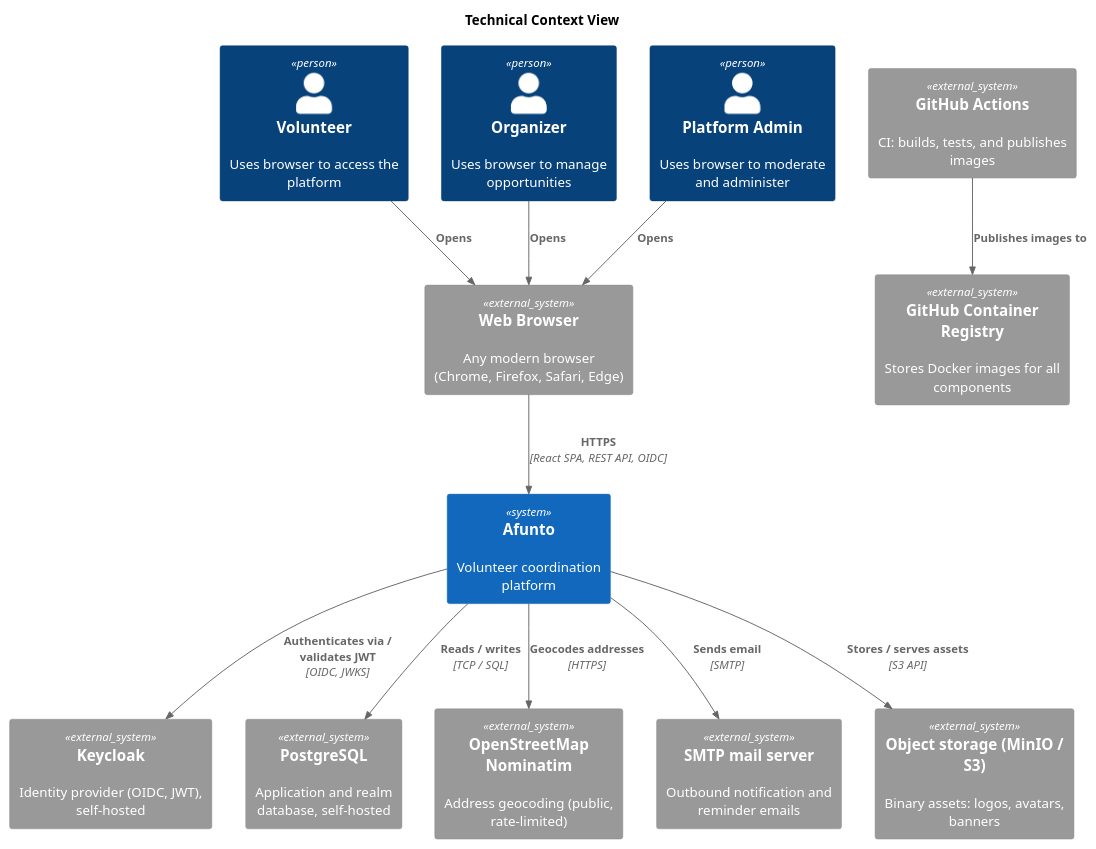
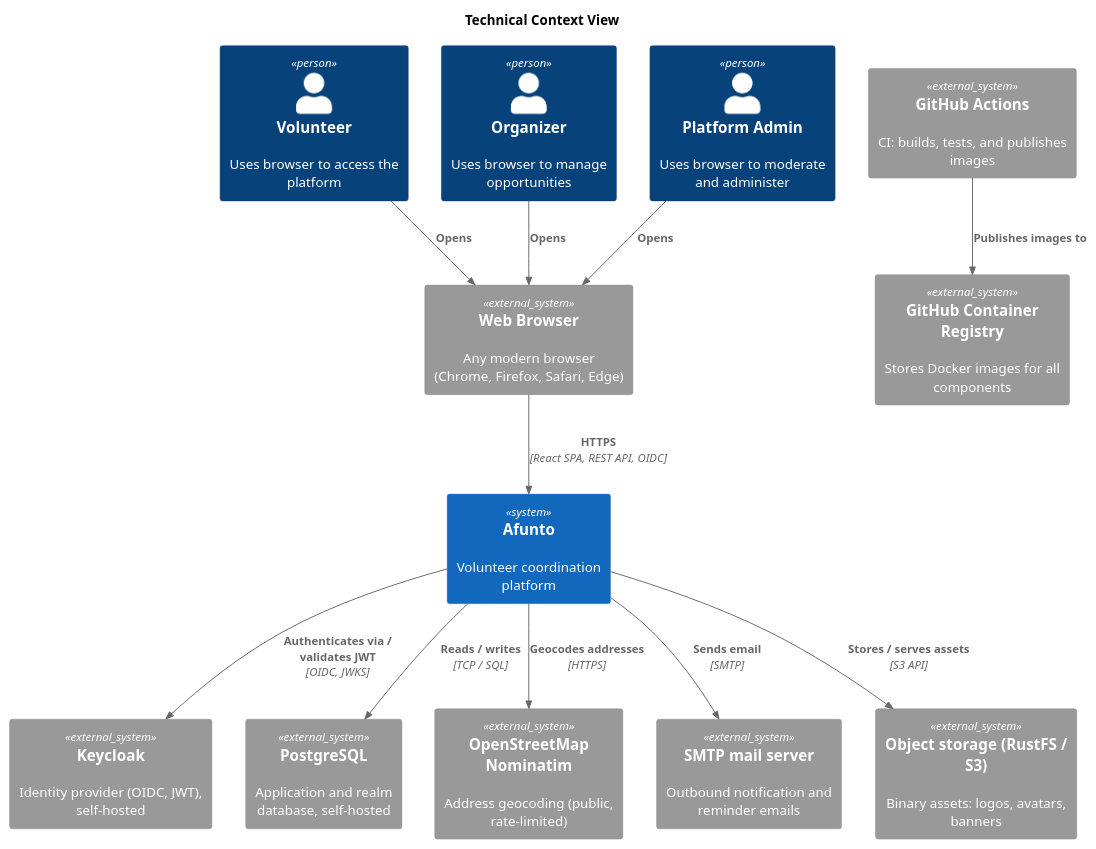
The diagram in docs/Architecture/images/technical-context.puml (maik-hasler/afunto), drawn with PlantUML before and after one commit. The commit also changed 37 other files, not shown here.

First line of the commit message:
refactor(storage): replace MinIO with RustFS

```diff
--- a/docs/Architecture/images/technical-context.puml
+++ b/docs/Architecture/images/technical-context.puml
@@ -1,33 +1,33 @@
 @startuml Technical Context
 
 !include <C4/C4_Context>
 
 title Technical Context View
 
 Person(volunteer, "Volunteer", "Uses browser to access the platform")
 Person(organizer, "Organizer", "Uses browser to manage opportunities")
 Person(admin, "Platform Admin", "Uses browser to moderate and administer")
 
 System(afunto, "Afunto", "Volunteer coordination platform")
 
 System_Ext(browser, "Web Browser", "Any modern browser (Chrome, Firefox, Safari, Edge)")
 System_Ext(ghcr, "GitHub Container Registry", "Stores Docker images for all components")
 System_Ext(github_actions, "GitHub Actions", "CI: builds, tests, and publishes images")
 System_Ext(keycloak, "Keycloak", "Identity provider (OIDC, JWT), self-hosted")
 System_Ext(postgres, "PostgreSQL", "Application and realm database, self-hosted")
 System_Ext(nominatim, "OpenStreetMap Nominatim", "Address geocoding (public, rate-limited)")
 System_Ext(smtp, "SMTP mail server", "Outbound notification and reminder emails")
-System_Ext(objectstore, "Object storage (MinIO / S3)", "Binary assets: logos, avatars, banners")
+System_Ext(objectstore, "Object storage (RustFS / S3)", "Binary assets: logos, avatars, banners")
 
 Rel(volunteer, browser, "Opens")
 Rel(organizer, browser, "Opens")
 Rel(admin, browser, "Opens")
 Rel(browser, afunto, "HTTPS", "React SPA, REST API, OIDC")
 Rel(github_actions, ghcr, "Publishes images to")
 Rel(afunto, keycloak, "Authenticates via / validates JWT", "OIDC, JWKS")
 Rel(afunto, postgres, "Reads / writes", "TCP / SQL")
 Rel(afunto, nominatim, "Geocodes addresses", "HTTPS")
 Rel(afunto, smtp, "Sends email", "SMTP")
 Rel(afunto, objectstore, "Stores / serves assets", "S3 API")
 
 @enduml
```
